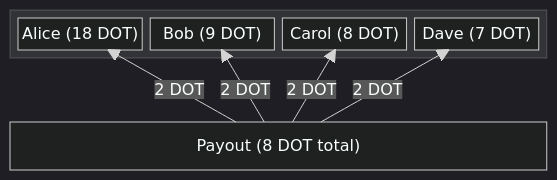
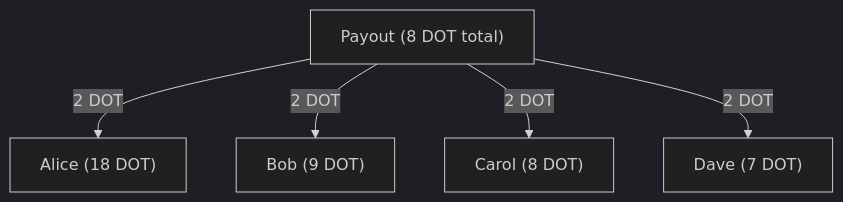
Before and after one commit to Telucero/polkadot-docs: the fourth of 6 diagrams in infrastructure/staking-mechanics/rewards-payout.md, drawn with Mermaid (dark theme). The commit also changed other lines of this file, not shown here.

Commit message:
changes block-beta mermaid diagrams to flowchart to correct rendering issue (#252)

````diff
--- a/infrastructure/staking-mechanics/rewards-payout.md
+++ b/infrastructure/staking-mechanics/rewards-payout.md
@@ -156,16 +138,12 @@
 ``` mermaid
-block-beta
-    columns 1
-  block:e
+flowchart TD
     A["Alice (18 DOT)"]
     B["Bob (9 DOT)"]
     C["Carol (8 DOT)"]
     D["Dave (7 DOT)"]
-  end
-    space
-    E["Payout (8 DOT total)"]:1
+    E["Payout (8 DOT total)"]
     E --"2 DOT"--> A
     E --"2 DOT"--> B
     E --"2 DOT"--> C
     E --"2 DOT"--> D 
 ```
````
